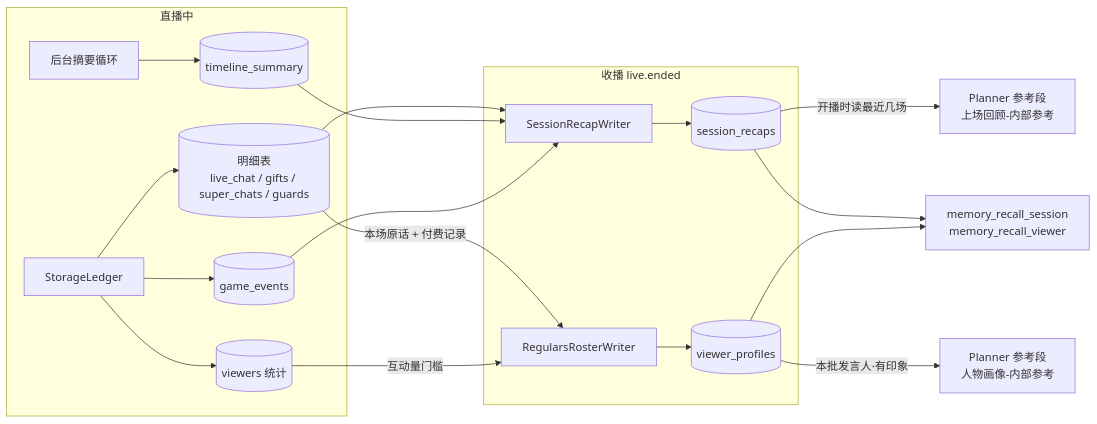
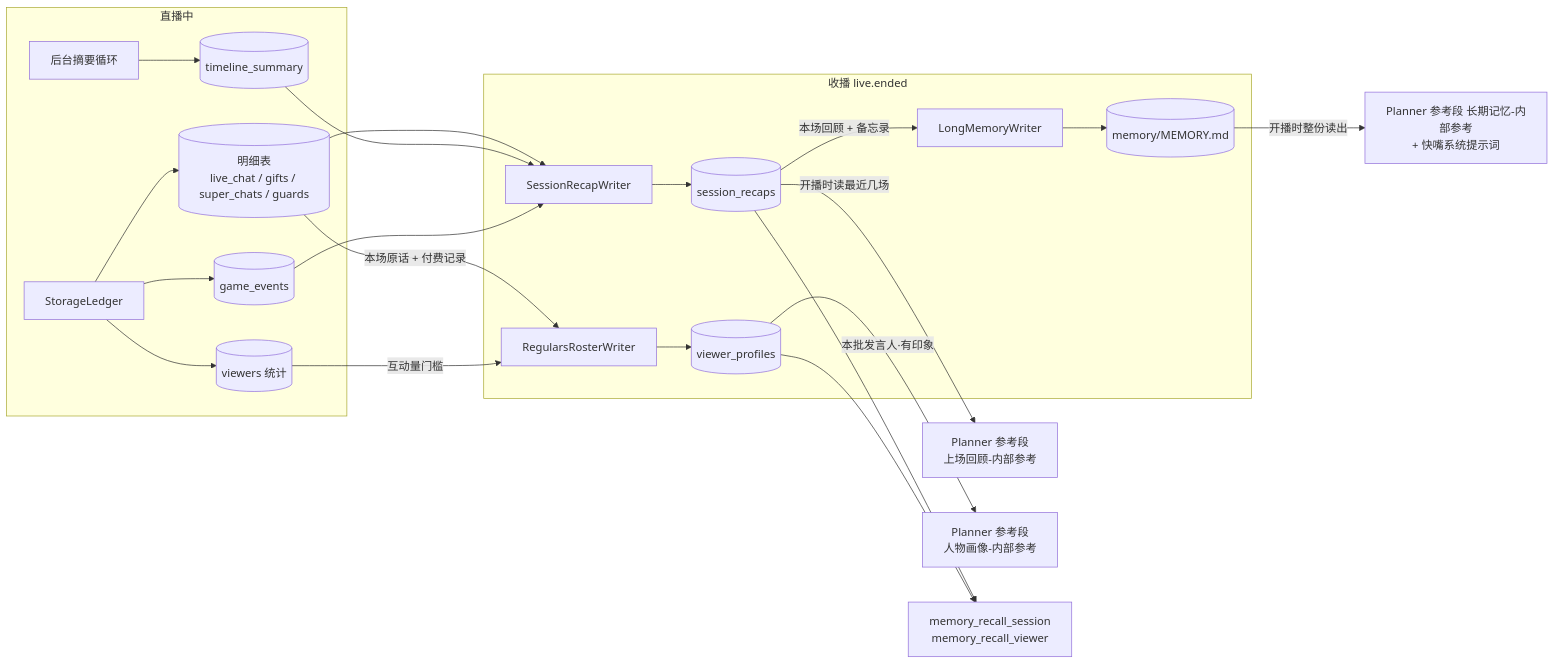
One commit to Mai-with-u/Amaidesu changed the diagram in docs/architecture/streamer-memory.md. Above: the diagram before and after it, drawn with Mermaid. The commit also changed other lines of this file and 2 other files, not shown here.

````diff
--- a/docs/architecture/streamer-memory.md
+++ b/docs/architecture/streamer-memory.md
@@ -17,19 +17,22 @@
 ```mermaid
 flowchart LR
     subgraph 直播中
         L[StorageLedger] --> D[(明细表<br/>live_chat / gifts / super_chats / guards)]
         L --> V[(viewers 统计)]
         L --> G[(game_events)]
         B[后台摘要循环] --> T[(timeline_summary)]
     end
     subgraph 收播 live.ended
         R[SessionRecapWriter] --> SR[(session_recaps)]
+        M[LongMemoryWriter] --> MF[(memory/MEMORY.md)]
         W[RegularsRosterWriter] --> VP[(viewer_profiles)]
     end
+    SR -->|本场回顾 + 备忘录| M
     D & T & G --> R
     D -->|本场原话 + 付费记录| W
     V -->|互动量门槛| W
+    MF -->|开播时整份读出| LM[Planner 参考段 长期记忆-内部参考<br/>+ 快嘴系统提示词]
     SR -->|开播时读最近几场| P[Planner 参考段<br/>上场回顾-内部参考]
     VP -->|本批发言人·有印象| Q[Planner 参考段<br/>人物画像-内部参考]
     SR & VP --> TOOLS[memory_recall_session<br/>memory_recall_viewer]
 ```
````
